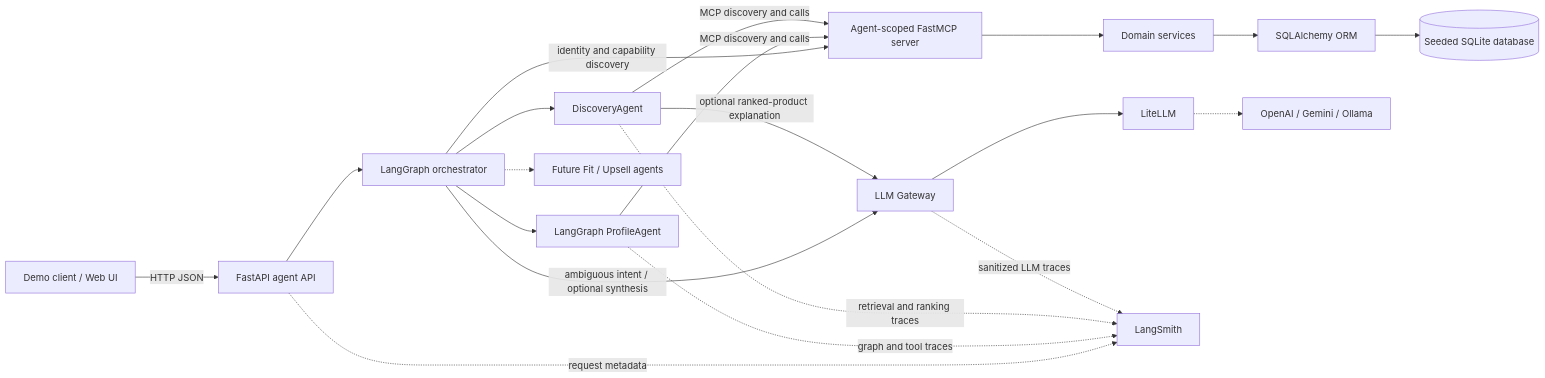
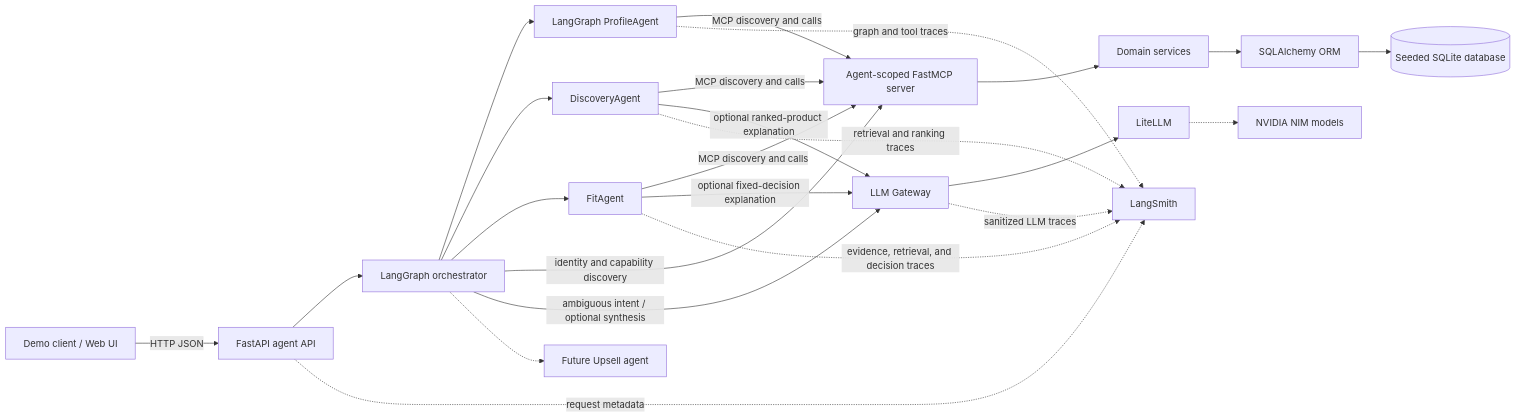
One commit to budurusumithkumar/Neutail changed the first of 9 diagrams in SYSTEM_DESIGN.md. Above: the diagram before and after it, drawn with Mermaid. The commit also changed other lines of this file and 28 other files, not shown here.

First line of the commit message:
feat: Implement fit evidence retrieval and processing

````diff
--- a/SYSTEM_DESIGN.md
+++ b/SYSTEM_DESIGN.md
@@ -46,24 +49,28 @@
 ```mermaid
 flowchart LR
     User[Demo client / Web UI] -->|HTTP JSON| API[FastAPI agent API]
     API --> O[LangGraph orchestrator]
     O --> PA[LangGraph ProfileAgent]
     O --> DA[DiscoveryAgent]
+    O --> FA[FitAgent]
     O -->|identity and capability discovery| MCP
     PA -->|MCP discovery and calls| MCP[Agent-scoped FastMCP server]
     DA -->|MCP discovery and calls| MCP
+    FA -->|MCP discovery and calls| MCP
     MCP --> DS[Domain services]
     DS --> ORM[SQLAlchemy ORM]
     ORM --> DB[(Seeded SQLite database)]
 
     O -->|ambiguous intent / optional synthesis| GW[LLM Gateway]
     DA -->|optional ranked-product explanation| GW
-    O -.-> Future[Future Fit / Upsell agents]
+    FA -->|optional fixed-decision explanation| GW
+    O -.-> Future[Future Upsell agent]
     GW --> Lite[LiteLLM]
-    Lite -.-> Providers[OpenAI / Gemini / Ollama]
+    Lite -.-> Providers[NVIDIA NIM models]
 
     API -. request metadata .-> LS[LangSmith]
     PA -. graph and tool traces .-> LS
     DA -. retrieval and ranking traces .-> LS
+    FA -. evidence, retrieval, and decision traces .-> LS
     GW -. sanitized LLM traces .-> LS
 ```
````
